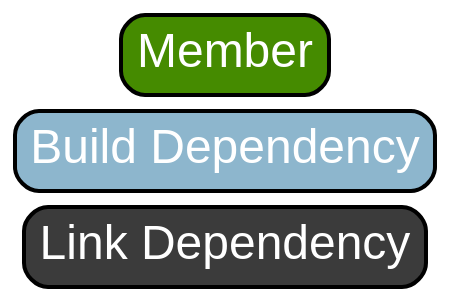
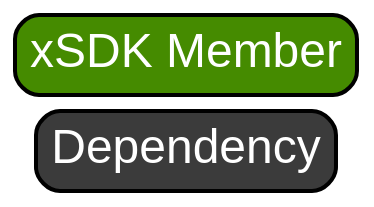
The diagram in legend.dot (xsdk-project/xsdk-diagram), drawn with Graphviz before and after one commit. The commit also changed 3 other files, not shown here.

Commit message:
create packages only graph and add magma

```diff
--- a/legend.dot
+++ b/legend.dot
@@ -1,26 +1,25 @@
 digraph legend {
     style="solid"
     penwidth="2"
     fontname="Arial"
     labelloc = "b"
     rankdir = "TB"
     ranksep = "0"
     nodesep = ".1"
     bgcolor = "transparent"
 
 node[
      fontname=Arial,
      penwidth=2,
      fontsize=24,
      margin=.1,
      shape=box,
      fillcolor=brown,
      fontcolor=white,
      style="rounded,filled"]
 
-     "member" [label="Member" fillcolor="chartreuse4"]
-     "build" [label="Build Dependency" fillcolor="lightskyblue3"]
-     "link" [label="Link Dependency" fillcolor="gray23"]
+     "member" [label="xSDK Member" fillcolor="chartreuse4"]
+     "link" [label="Dependency" fillcolor="gray23"]
 
-      member -> build -> link [style=invis]
+      member -> link [style=invis]
   }
```
